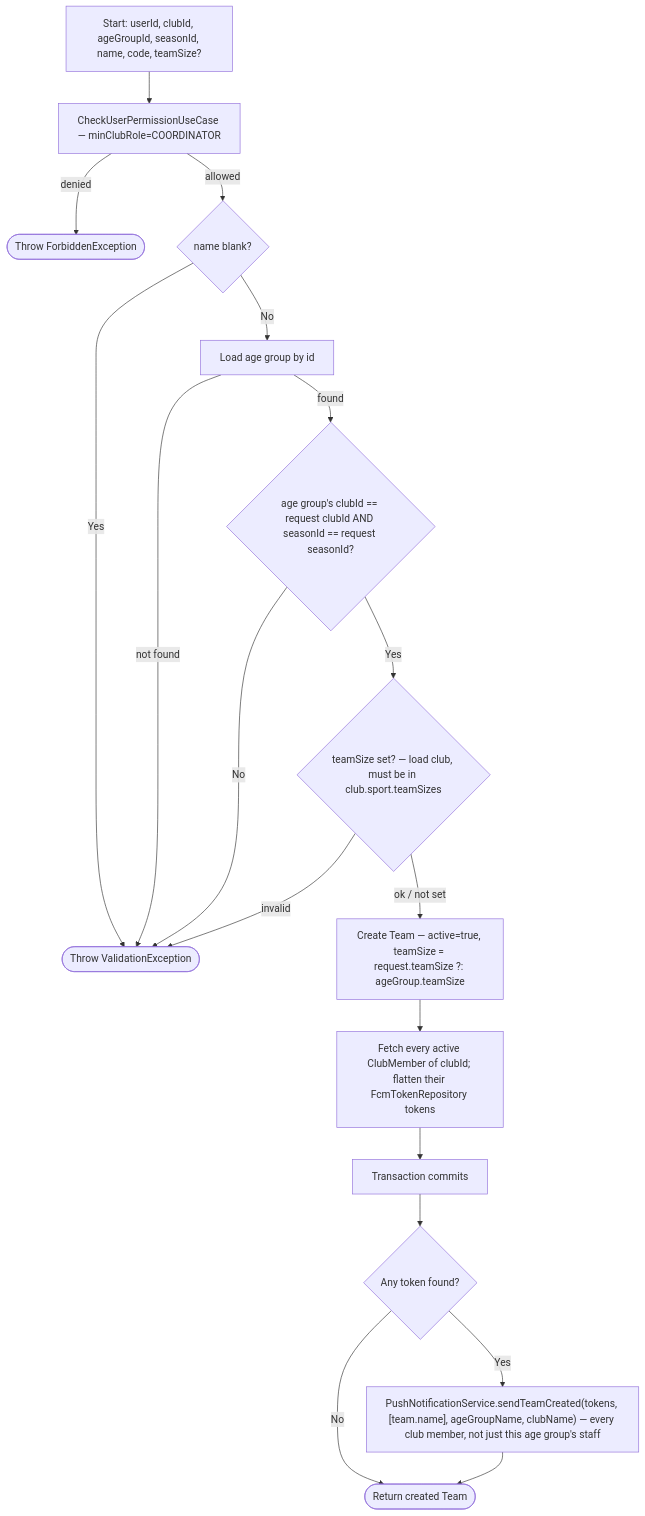
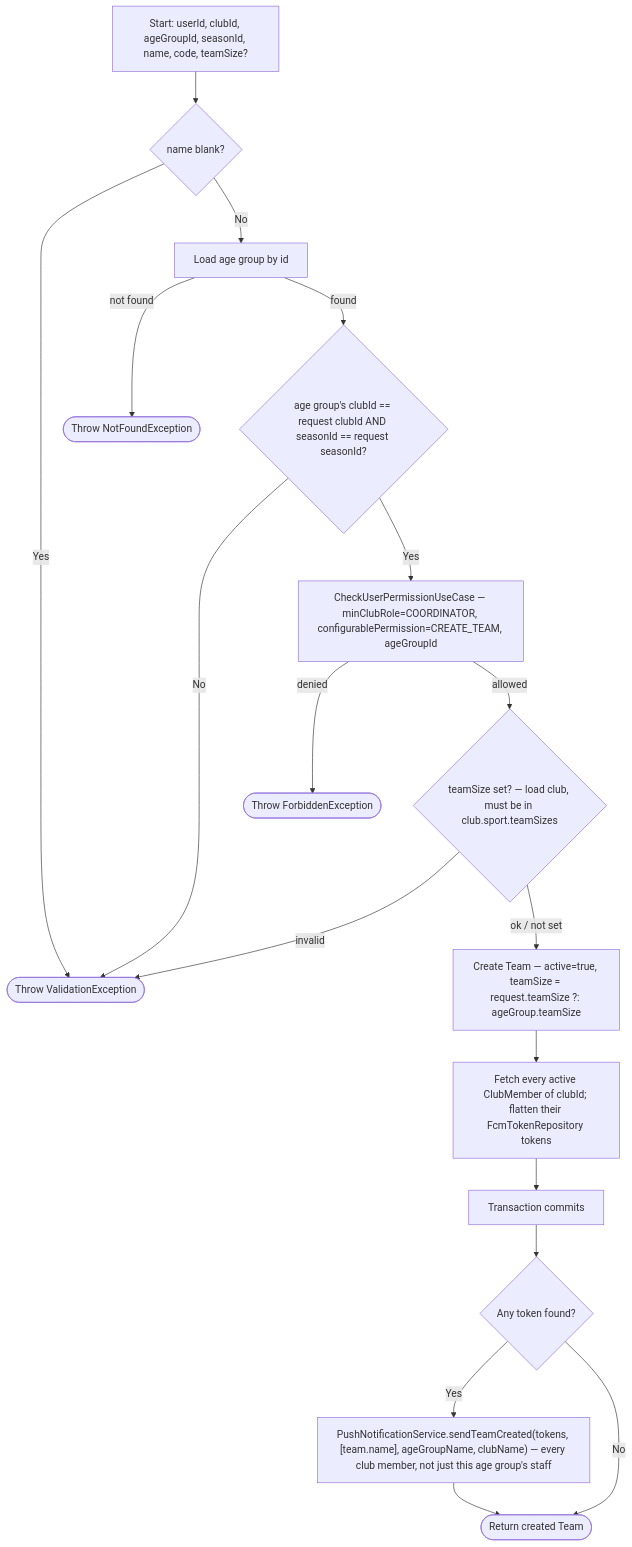
Before and after one commit to ricardofrango/squadify: diagram 27 of 57 in PROCESS_FLOWS.md, drawn with Mermaid. The commit also changed other lines of this file and 12 other files, not shown here.

First line of the commit message:
Make "Create Team" a configurable permission, defaulting to Coach

````diff
--- a/PROCESS_FLOWS.md
+++ b/PROCESS_FLOWS.md
@@ -510,20 +511,20 @@
 ```mermaid
 graph TD
-    A[Start: userId, clubId, ageGroupId, seasonId, name, code, teamSize?] --> B[CheckUserPermissionUseCase — minClubRole=COORDINATOR]
-    B -- denied --> F(["Throw ForbiddenException"])
-    B -- allowed --> C{name blank?}
+    A[Start: userId, clubId, ageGroupId, seasonId, name, code, teamSize?] --> C{name blank?}
     C -- Yes --> V(["Throw ValidationException"])
     C -- No --> D[Load age group by id]
-    D -- not found --> V
+    D -- not found --> V2(["Throw NotFoundException"])
     D -- found --> E{"age group's clubId == request clubId AND seasonId == request seasonId?"}
     E -- No --> V
-    E -- Yes --> E2{"teamSize set? — load club, must be in club.sport.teamSizes"}
+    E -- Yes --> B["CheckUserPermissionUseCase — minClubRole=COORDINATOR, configurablePermission=CREATE_TEAM, ageGroupId"]
+    B -- denied --> F(["Throw ForbiddenException"])
+    B -- allowed --> E2{"teamSize set? — load club, must be in club.sport.teamSizes"}
     E2 -- invalid --> V
     E2 -- ok / not set --> G["Create Team — active=true, teamSize = request.teamSize ?: ageGroup.teamSize"]
     G --> H["Fetch every active ClubMember of clubId; flatten their FcmTokenRepository tokens"]
     H --> I["Transaction commits"]
     I --> J{"Any token found?"}
     J -- Yes --> K["PushNotificationService.sendTeamCreated(tokens, [team.name], ageGroupName, clubName) — every club member, not just this age group's staff"]
     J -- No --> Z
     K --> Z(["Return created Team"])
 ```
````
